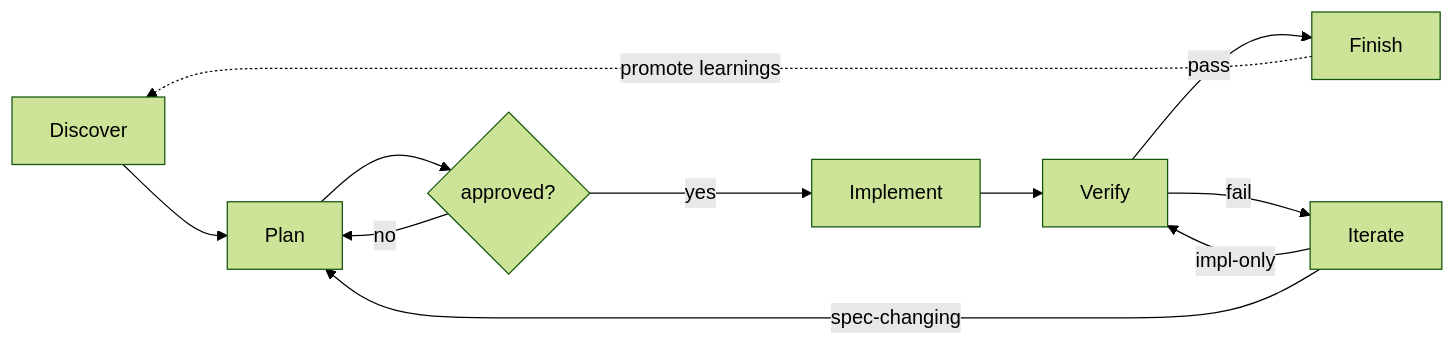
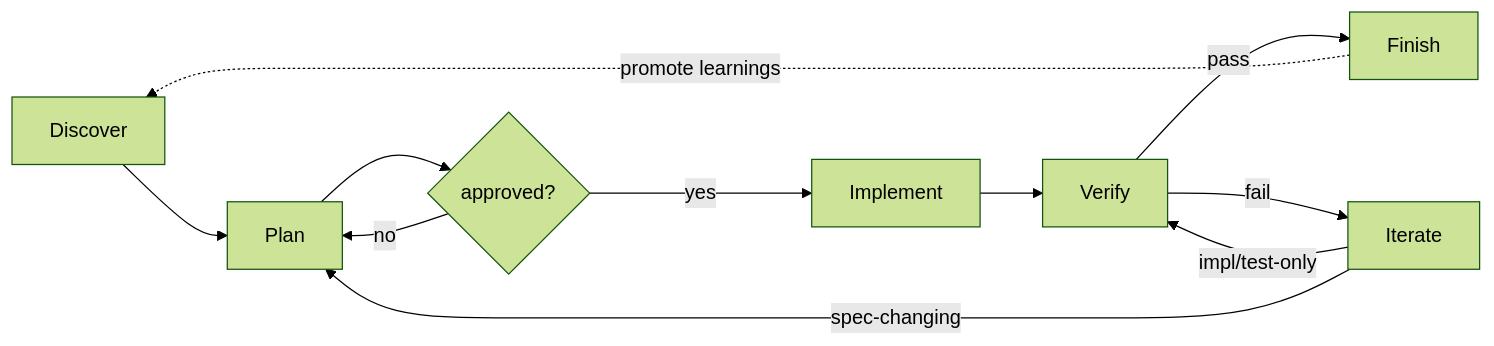
Before and after one commit to Mininglamp-OSS/octo-spec: the second of 2 diagrams in README.md, drawn with Mermaid (forest theme). The commit also changed other lines of this file and 16 other files, not shown here.

````diff
--- a/README.md
+++ b/README.md
@@ -130,11 +130,11 @@
 ```mermaid
 flowchart LR
     D["Discover"] --> P["Plan"] --> A{"approved?"}
     A -->|yes| I["Implement"] --> V["Verify"]
     A -->|no| P
     V -->|pass| F["Finish"]
     V -->|fail| IT["Iterate"]
-    IT -->|impl-only| V
+    IT -->|impl/test-only| V
     IT -->|spec-changing| P
     F -.promote learnings.-> D
 ```
````
